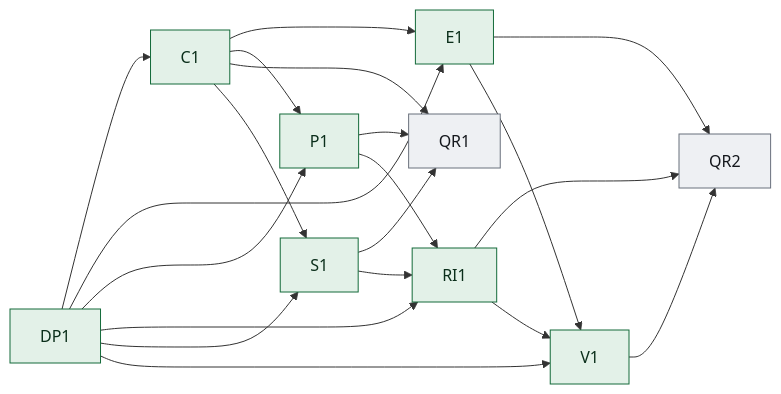
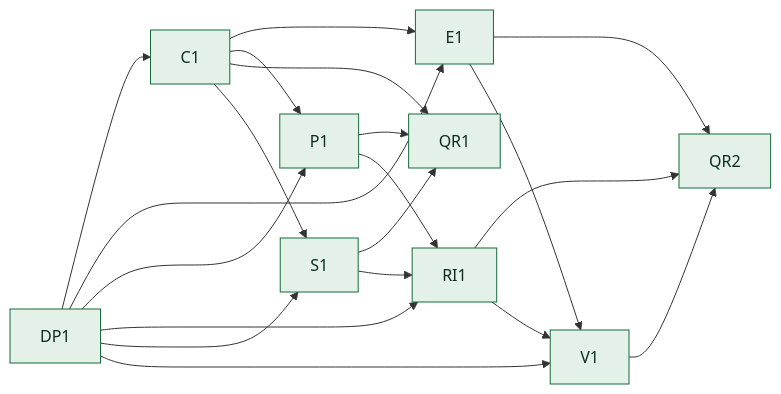
The diagram in agents-results/2026-09-04/matharc-research-execution-plane/generated-views/topology.md (ValentinoWang/MathArc_Research), drawn with Mermaid before and after one commit. The commit also changed other lines of this file and 11 other files, not shown here.

````diff
--- a/agents-results/2026-09-04/matharc-research-execution-plane/generated-views/topology.md
+++ b/agents-results/2026-09-04/matharc-research-execution-plane/generated-views/topology.md
@@ -58,35 +58,35 @@
 ```mermaid
 flowchart LR
   C1["C1"]:::accepted
   DP1["DP1"]:::accepted
   E1["E1"]:::accepted
   P1["P1"]:::accepted
-  QR1["QR1"]:::pending
-  QR2["QR2"]:::pending
+  QR1["QR1"]:::accepted
+  QR2["QR2"]:::accepted
   RI1["RI1"]:::accepted
   S1["S1"]:::accepted
   V1["V1"]:::accepted
   C1 --> E1
   C1 --> P1
   C1 --> QR1
   C1 --> S1
   DP1 --> C1
   DP1 --> E1
   DP1 --> P1
   DP1 --> RI1
   DP1 --> S1
   DP1 --> V1
   E1 --> QR2
   E1 --> V1
   P1 --> QR1
   P1 --> RI1
   RI1 --> QR2
   RI1 --> V1
   S1 --> QR1
   S1 --> RI1
   V1 --> QR2
   classDef accepted fill:#E3F1E8,stroke:#146B3A,color:#0A2E1A;
   classDef blocked fill:#FAE5E3,stroke:#B3261E,color:#4A100C;
   classDef invalidated fill:#F7EDD9,stroke:#815500,color:#3D2900;
   classDef pending fill:#EEF0F3,stroke:#69707C,color:#14171C;
 ```
````
